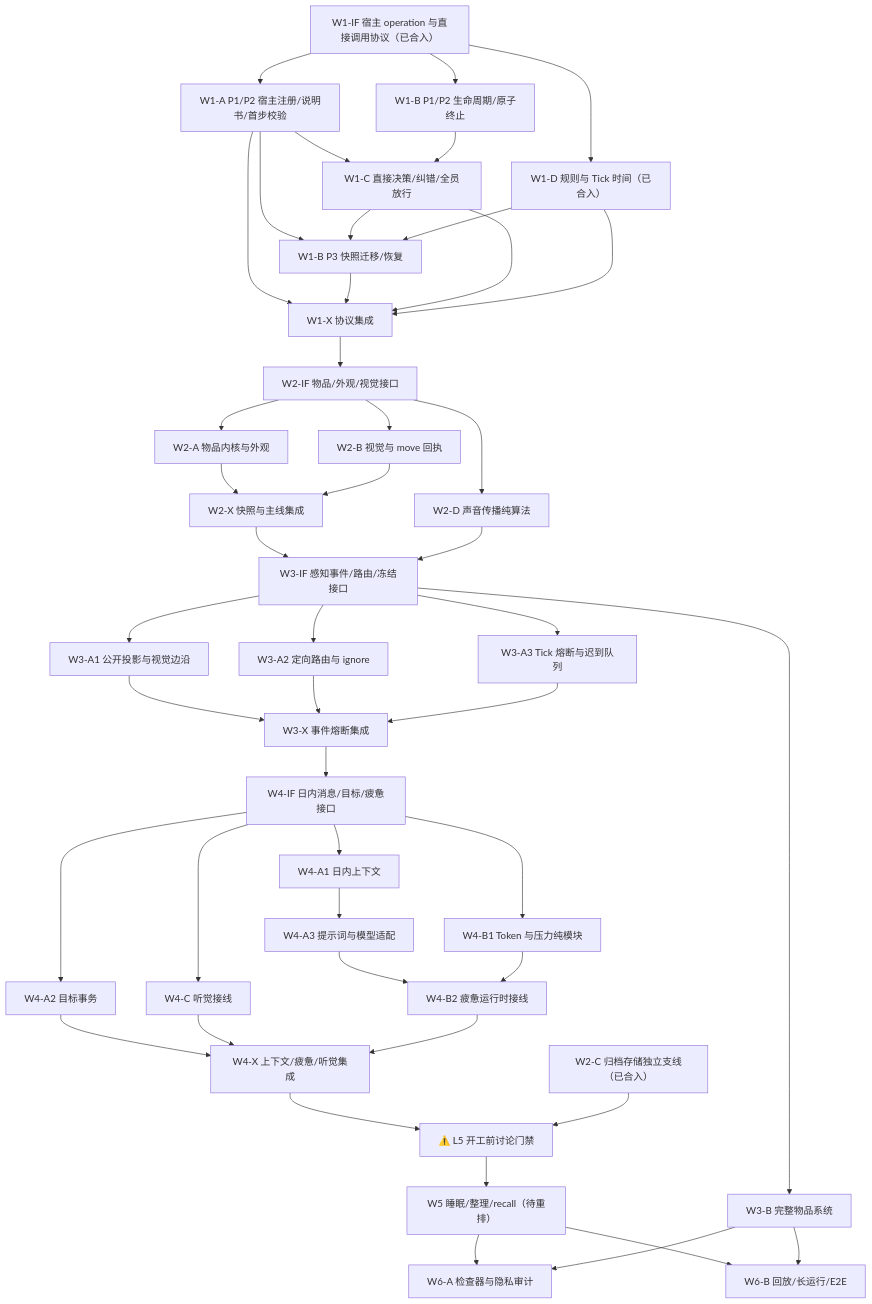
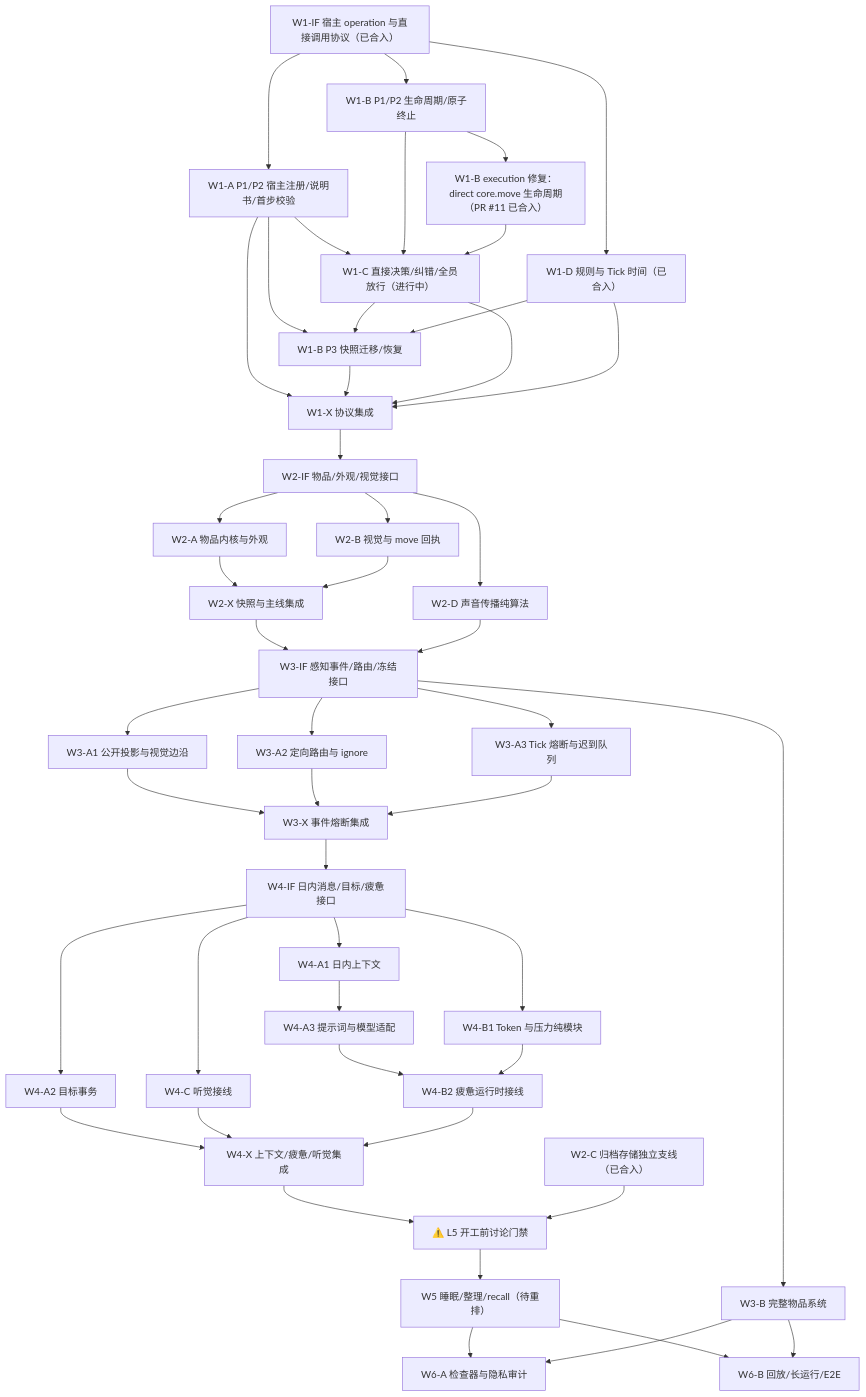
The diagram in docs/architecture/character-context-parallel-waves.md (mitao-su/GodSimulation), drawn with Mermaid before and after one commit. The commit also changed other lines of this file and 2 other files, not shown here.

Commit message:
docs: reconcile wave progress after move lifecycle fix

````diff
--- a/docs/architecture/character-context-parallel-waves.md
+++ b/docs/architecture/character-context-parallel-waves.md
@@ -63,53 +63,55 @@
 ```mermaid
 flowchart TB
   W1IF["W1-IF 宿主 operation 与直接调用协议（已合入）"] --> W1A["W1-A P1/P2 宿主注册/说明书/首步校验"]
   W1IF --> W1B12["W1-B P1/P2 生命周期/原子终止"]
   W1IF --> W1D["W1-D 规则与 Tick 时间（已合入）"]
   W2C["W2-C 归档存储独立支线（已合入）"]
-  W1A --> W1C["W1-C 直接决策/纠错/全员放行"]
+  W1A --> W1C["W1-C 直接决策/纠错/全员放行（进行中）"]
   W1B12 --> W1C
+  W1B12 --> MOVEFIX["W1-B execution 修复：direct core.move 生命周期（PR #11 已合入）"]
+  MOVEFIX --> W1C
   W1A --> W1B3["W1-B P3 快照迁移/恢复"]
   W1C --> W1B3
   W1D --> W1B3
   W1A --> W1X["W1-X 协议集成"]
   W1B3 --> W1X
   W1C --> W1X
   W1D --> W1X
 
   W1X --> W2IF["W2-IF 物品/外观/视觉接口"]
   W2IF --> W2A["W2-A 物品内核与外观"]
   W2IF --> W2B["W2-B 视觉与 move 回执"]
   W2IF --> W2D["W2-D 声音传播纯算法"]
   W2A --> W2X["W2-X 快照与主线集成"]
   W2B --> W2X
 
   W2X --> W3IF["W3-IF 感知事件/路由/冻结接口"]
   W2D --> W3IF
   W3IF --> W3A1["W3-A1 公开投影与视觉边沿"]
   W3IF --> W3A2["W3-A2 定向路由与 ignore"]
   W3IF --> W3A3["W3-A3 Tick 熔断与迟到队列"]
   W3IF --> W3B["W3-B 完整物品系统"]
   W3A1 --> W3X["W3-X 事件熔断集成"]
   W3A2 --> W3X
   W3A3 --> W3X
 
   W3X --> W4IF["W4-IF 日内消息/目标/疲惫接口"]
   W4IF --> W4A1["W4-A1 日内上下文"]
   W4IF --> W4A2["W4-A2 目标事务"]
   W4IF --> W4B1["W4-B1 Token 与压力纯模块"]
   W4IF --> W4C["W4-C 听觉接线"]
   W4A1 --> W4A3["W4-A3 提示词与模型适配"]
   W4A3 --> W4B2["W4-B2 疲惫运行时接线"]
   W4B1 --> W4B2
   W4A2 --> W4X["W4-X 上下文/疲惫/听觉集成"]
   W4C --> W4X
   W4B2 --> W4X
 
   W4X --> L5GATE["⚠️ L5 开工前讨论门禁"]
   W2C --> L5GATE
   L5GATE --> W5["W5 睡眠/整理/recall（待重排）"]
   W5 --> W6A["W6-A 检查器与隐私审计"]
   W5 --> W6B["W6-B 回放/长运行/E2E"]
   W3B --> W6A
   W3B --> W6B
 ```
````
